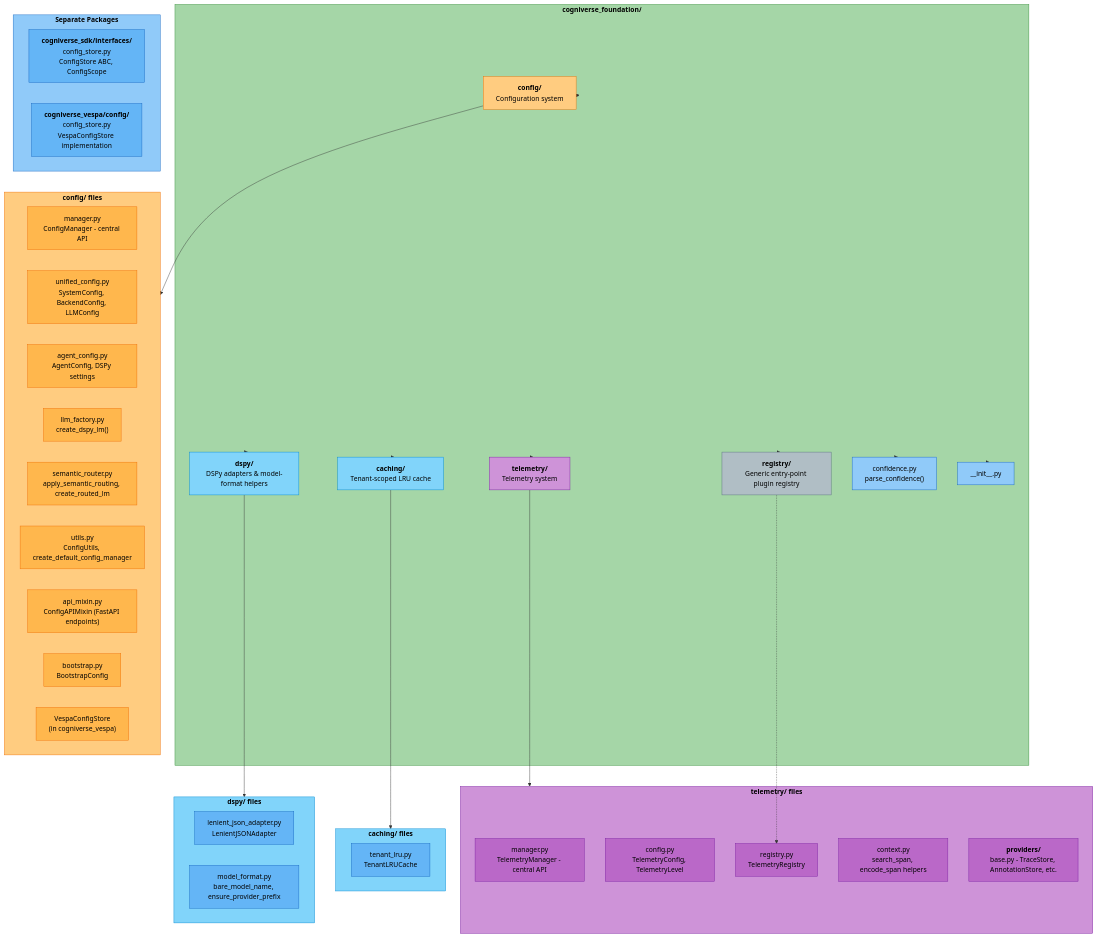
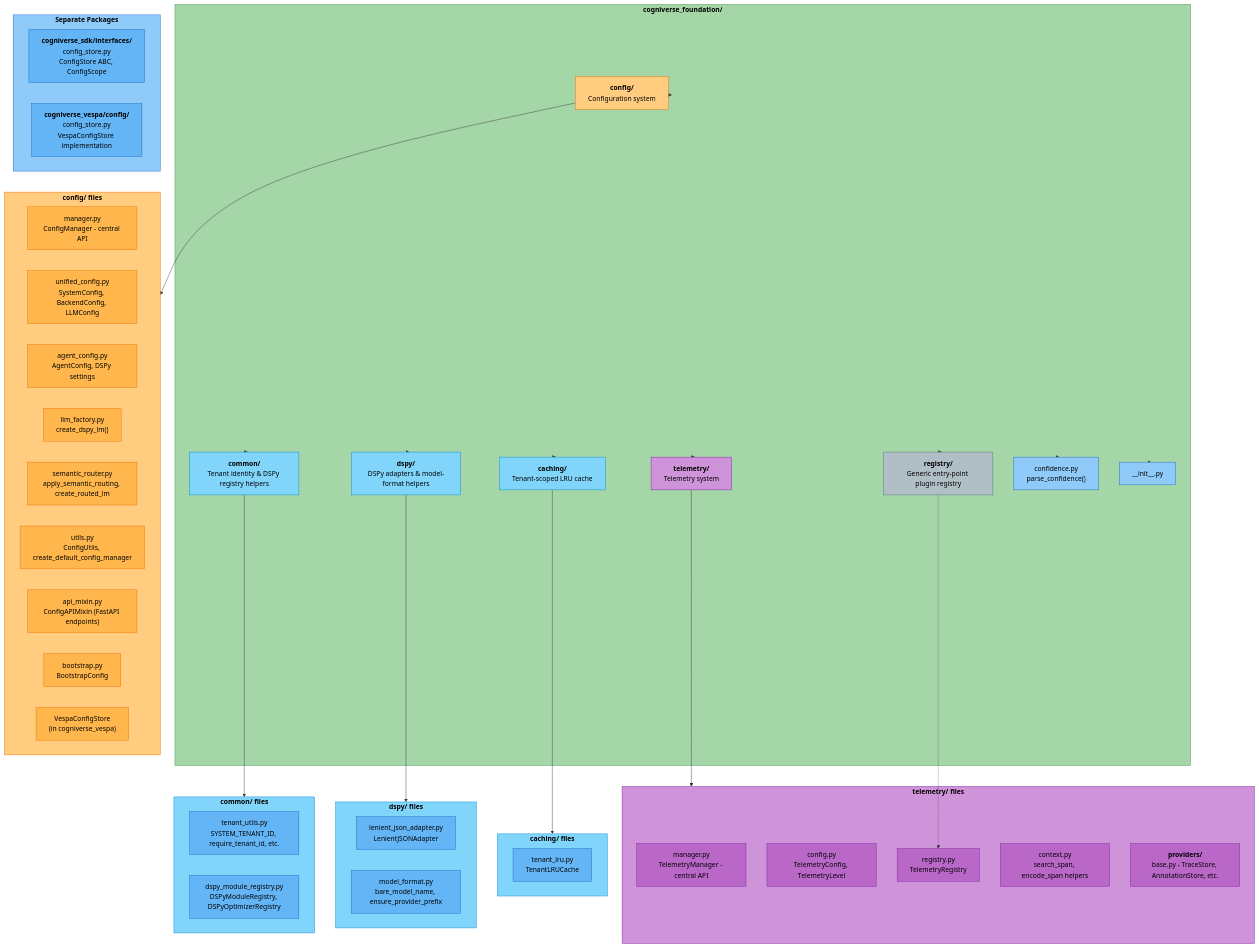
The first of 3 diagrams in docs/modules/foundation.md (amit-jain/cogniverse), drawn with Mermaid before and after one commit. The commit also changed 7 other files, not shown here.

````diff
--- a/docs/modules/foundation.md
+++ b/docs/modules/foundation.md
@@ -55,6 +55,7 @@
         RegistryDir["<span style='color:#000'><b>registry/</b><br/>Generic entry-point plugin registry</span>"]
         CachingDir["<span style='color:#000'><b>caching/</b><br/>Tenant-scoped LRU cache</span>"]
         DspyDir["<span style='color:#000'><b>dspy/</b><br/>DSPy adapters &amp; model-format helpers</span>"]
+        CommonDir["<span style='color:#000'><b>common/</b><br/>Tenant identity &amp; DSPy registry helpers</span>"]
         ConfidencePy["<span style='color:#000'>confidence.py<br/>parse_confidence()</span>"]
         InitPy["<span style='color:#000'>__init__.py</span>"]
     end
@@ -88,6 +89,11 @@
         ModelFormat["<span style='color:#000'>model_format.py<br/>bare_model_name, ensure_provider_prefix</span>"]
     end
 
+    subgraph CommonFiles["<span style='color:#000'><b>common/ files</b></span>"]
+        TenantUtilsFile["<span style='color:#000'>tenant_utils.py<br/>SYSTEM_TENANT_ID, require_tenant_id, etc.</span>"]
+        DspyModuleRegistryFile["<span style='color:#000'>dspy_module_registry.py<br/>DSPyModuleRegistry, DSPyOptimizerRegistry</span>"]
+    end
+
     subgraph SeparatePackages["<span style='color:#000'><b>Separate Packages</b></span>"]
         SDKInterface["<span style='color:#000'><b>cogniverse_sdk/interfaces/</b><br/>config_store.py<br/>ConfigStore ABC, ConfigScope</span>"]
         VespaImpl["<span style='color:#000'><b>cogniverse_vespa/config/</b><br/>config_store.py<br/>VespaConfigStore implementation</span>"]
@@ -98,6 +104,7 @@
     Foundation --> RegistryDir
     Foundation --> CachingDir
     Foundation --> DspyDir
+    Foundation --> CommonDir
     Foundation --> ConfidencePy
     Foundation --> InitPy
 
@@ -105,6 +112,7 @@
     TelemetryDir --> TelemetryFiles
     CachingDir --> CachingFiles
     DspyDir --> DspyFiles
+    CommonDir --> CommonFiles
     RegistryDir -.-> Registry
 
     style Foundation fill:#a5d6a7,stroke:#388e3c,color:#000
@@ -113,12 +121,14 @@
     style RegistryDir fill:#b0bec5,stroke:#546e7a,color:#000
     style CachingDir fill:#81d4fa,stroke:#0288d1,color:#000
     style DspyDir fill:#81d4fa,stroke:#0288d1,color:#000
+    style CommonDir fill:#81d4fa,stroke:#0288d1,color:#000
     style ConfidencePy fill:#90caf9,stroke:#1565c0,color:#000
     style InitPy fill:#90caf9,stroke:#1565c0,color:#000
     style ConfigFiles fill:#ffcc80,stroke:#ef6c00,color:#000
     style TelemetryFiles fill:#ce93d8,stroke:#7b1fa2,color:#000
     style CachingFiles fill:#81d4fa,stroke:#0288d1,color:#000
     style DspyFiles fill:#81d4fa,stroke:#0288d1,color:#000
+    style CommonFiles fill:#81d4fa,stroke:#0288d1,color:#000
     style SeparatePackages fill:#90caf9,stroke:#1565c0,color:#000
     style Manager fill:#ffb74d,stroke:#ef6c00,color:#000
     style UnifiedConfigFile fill:#ffb74d,stroke:#ef6c00,color:#000
@@ -137,6 +147,8 @@
     style TenantLru fill:#64b5f6,stroke:#1565c0,color:#000
     style LenientAdapter fill:#64b5f6,stroke:#1565c0,color:#000
     style ModelFormat fill:#64b5f6,stroke:#1565c0,color:#000
+    style TenantUtilsFile fill:#64b5f6,stroke:#1565c0,color:#000
+    style DspyModuleRegistryFile fill:#64b5f6,stroke:#1565c0,color:#000
     style SDKInterface fill:#64b5f6,stroke:#1565c0,color:#000
     style VespaImpl fill:#64b5f6,stroke:#1565c0,color:#000
 ```
````
